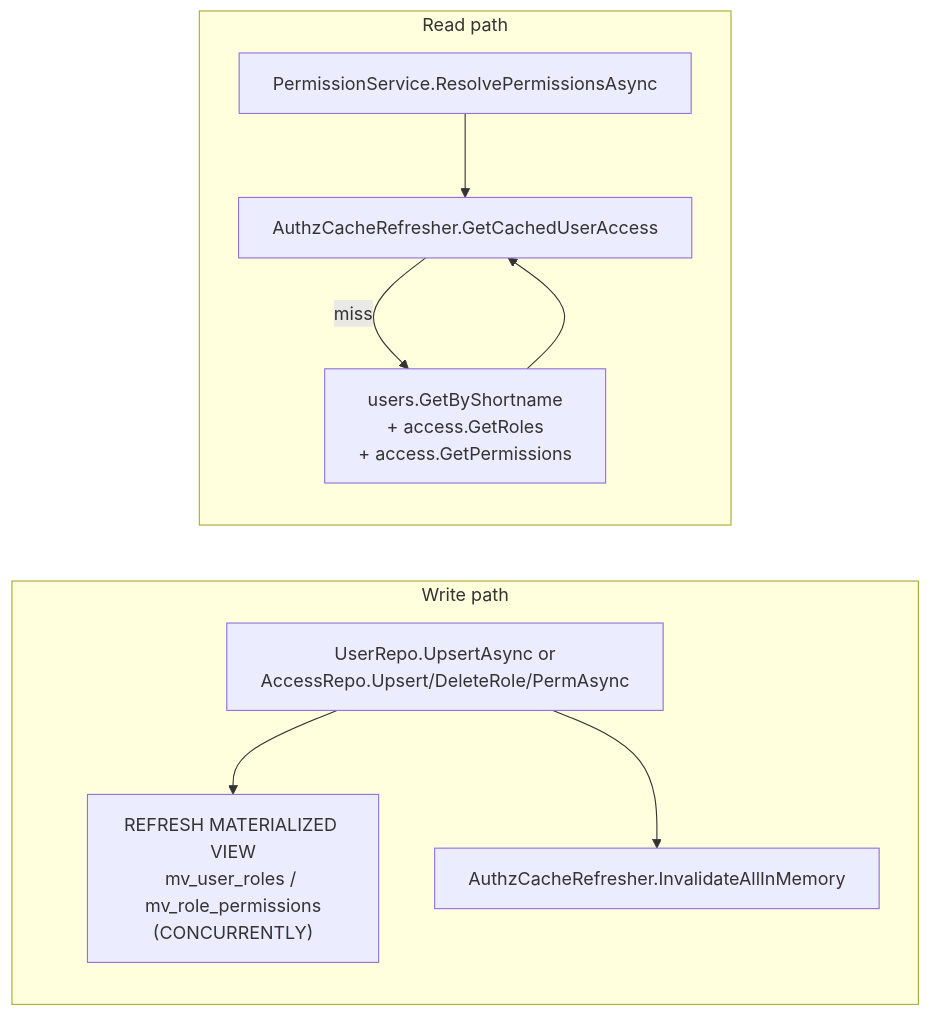
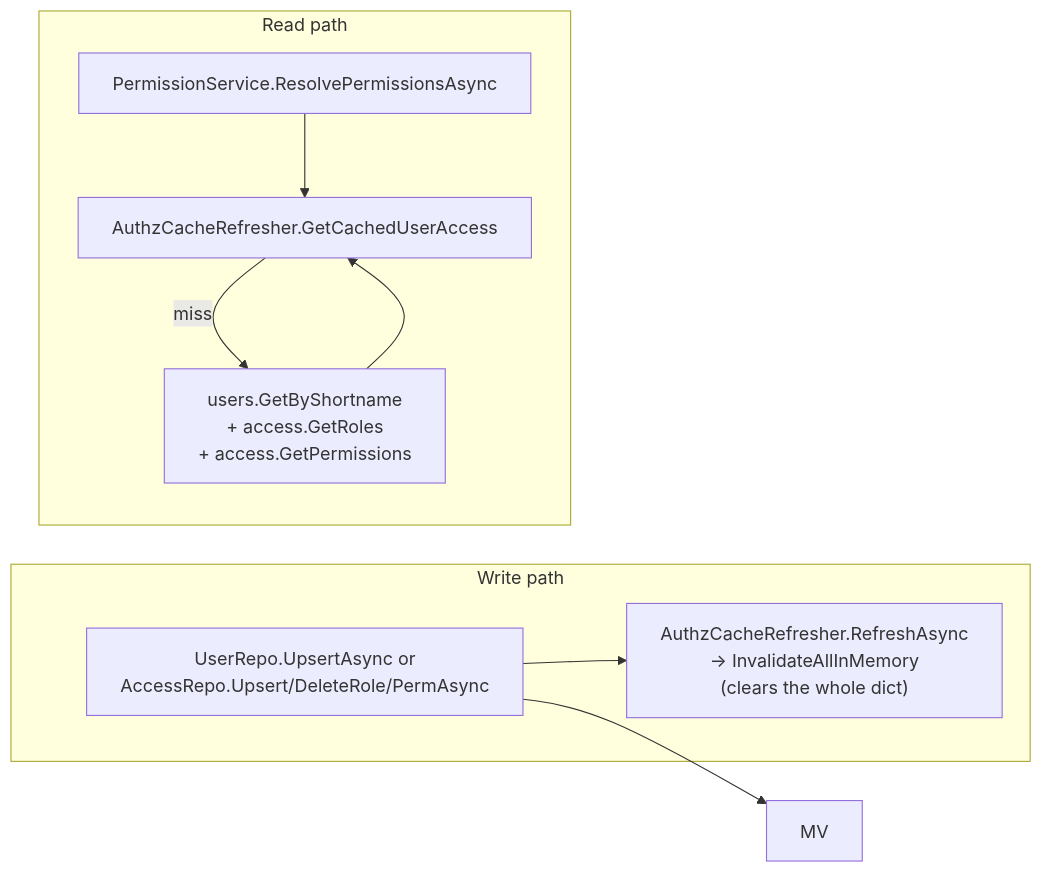
One commit to edraj/csdmart changed the third of 3 diagrams in docs/permissions.md. Above: the diagram before and after it, drawn with Mermaid. The commit also changed other lines of this file and 11 other files, not shown here.

````diff
--- a/docs/permissions.md
+++ b/docs/permissions.md
@@ -337,18 +337,17 @@
 ```mermaid
 flowchart LR
     subgraph Write path
         W[UserRepo.UpsertAsync or<br/>AccessRepo.Upsert/DeleteRole/PermAsync]
-        MV["REFRESH MATERIALIZED VIEW<br/>mv_user_roles / mv_role_permissions<br/>(CONCURRENTLY)"]
-        Inv[AuthzCacheRefresher.InvalidateAllInMemory]
+        Inv["AuthzCacheRefresher.RefreshAsync<br/>→ InvalidateAllInMemory<br/>(clears the whole dict)"]
     end
     subgraph Read path
         R[PermissionService.ResolvePermissionsAsync]
         C[AuthzCacheRefresher.GetCachedUserAccess]
         L[users.GetByShortname<br/>+ access.GetRoles<br/>+ access.GetPermissions]
     end
     W --> MV
     W --> Inv
     R --> C
     C -- miss --> L
     L --> C
 ```
````
